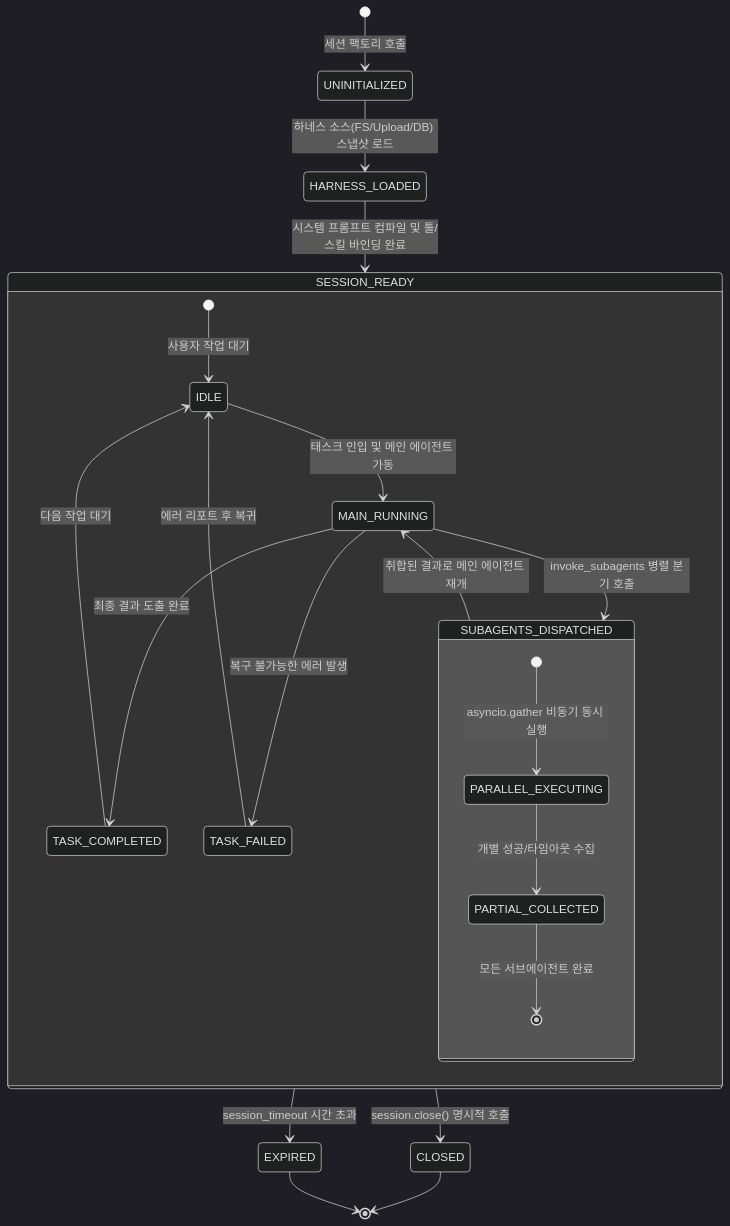
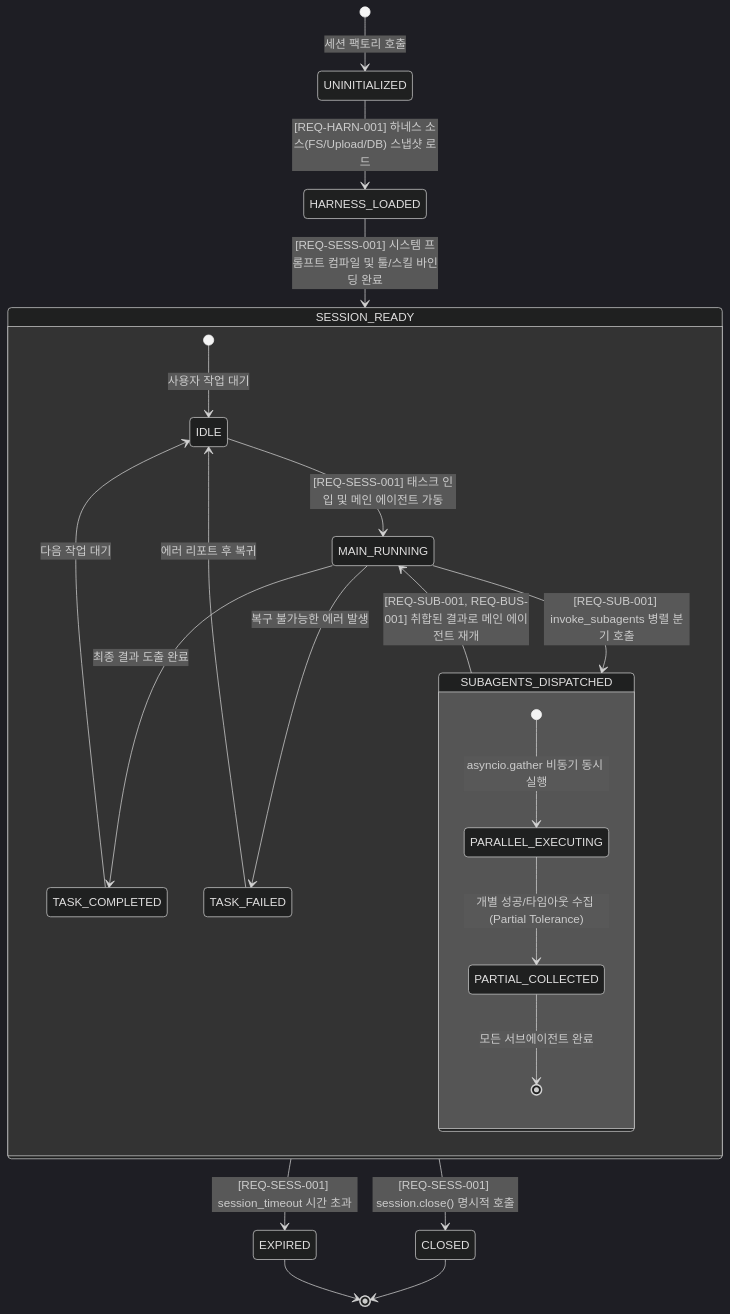
One commit to ozplayground/python-package changed the diagram in docs/archon/spec-writer/03_POLICIES_AND_EDGES.md. Above: the diagram before and after it, drawn with Mermaid (dark theme). The commit also changed other lines of this file and 5 other files, not shown here.

````diff
--- a/docs/archon/spec-writer/03_POLICIES_AND_EDGES.md
+++ b/docs/archon/spec-writer/03_POLICIES_AND_EDGES.md
@@ -14,30 +14,30 @@
 ```mermaid
 stateDiagram-v2
     [*] --> UNINITIALIZED: 세션 팩토리 호출
-    UNINITIALIZED --> HARNESS_LOADED: 하네스 소스(FS/Upload/DB) 스냅샷 로드
-    HARNESS_LOADED --> SESSION_READY: 시스템 프롬프트 컴파일 및 툴/스킬 바인딩 완료
+    UNINITIALIZED --> HARNESS_LOADED: [REQ-HARN-001] 하네스 소스(FS/Upload/DB) 스냅샷 로드
+    HARNESS_LOADED --> SESSION_READY: [REQ-SESS-001] 시스템 프롬프트 컴파일 및 툴/스킬 바인딩 완료
 
     state SESSION_READY {
         [*] --> IDLE: 사용자 작업 대기
-        IDLE --> MAIN_RUNNING: 태스크 인입 및 메인 에이전트 가동
-        MAIN_RUNNING --> SUBAGENTS_DISPATCHED: invoke_subagents 병렬 분기 호출
+        IDLE --> MAIN_RUNNING: [REQ-SESS-001] 태스크 인입 및 메인 에이전트 가동
+        MAIN_RUNNING --> SUBAGENTS_DISPATCHED: [REQ-SUB-001] invoke_subagents 병렬 분기 호출
         
         state SUBAGENTS_DISPATCHED {
             [*] --> PARALLEL_EXECUTING: asyncio.gather 비동기 동시 실행
-            PARALLEL_EXECUTING --> PARTIAL_COLLECTED: 개별 성공/타임아웃 수집
+            PARALLEL_EXECUTING --> PARTIAL_COLLECTED: 개별 성공/타임아웃 수집 (Partial Tolerance)
             PARTIAL_COLLECTED --> [*]: 모든 서브에이전트 완료
         }
 
-        SUBAGENTS_DISPATCHED --> MAIN_RUNNING: 취합된 결과로 메인 에이전트 재개
+        SUBAGENTS_DISPATCHED --> MAIN_RUNNING: [REQ-SUB-001, REQ-BUS-001] 취합된 결과로 메인 에이전트 재개
         MAIN_RUNNING --> TASK_COMPLETED: 최종 결과 도출 완료
         MAIN_RUNNING --> TASK_FAILED: 복구 불가능한 에러 발생
         
         TASK_COMPLETED --> IDLE: 다음 작업 대기
         TASK_FAILED --> IDLE: 에러 리포트 후 복귀
     }
 
-    SESSION_READY --> EXPIRED: session_timeout 시간 초과
-    SESSION_READY --> CLOSED: session.close() 명시적 호출
+    SESSION_READY --> EXPIRED: [REQ-SESS-001] session_timeout 시간 초과
+    SESSION_READY --> CLOSED: [REQ-SESS-001] session.close() 명시적 호출
     EXPIRED --> [*]
     CLOSED --> [*]
 ```
````
